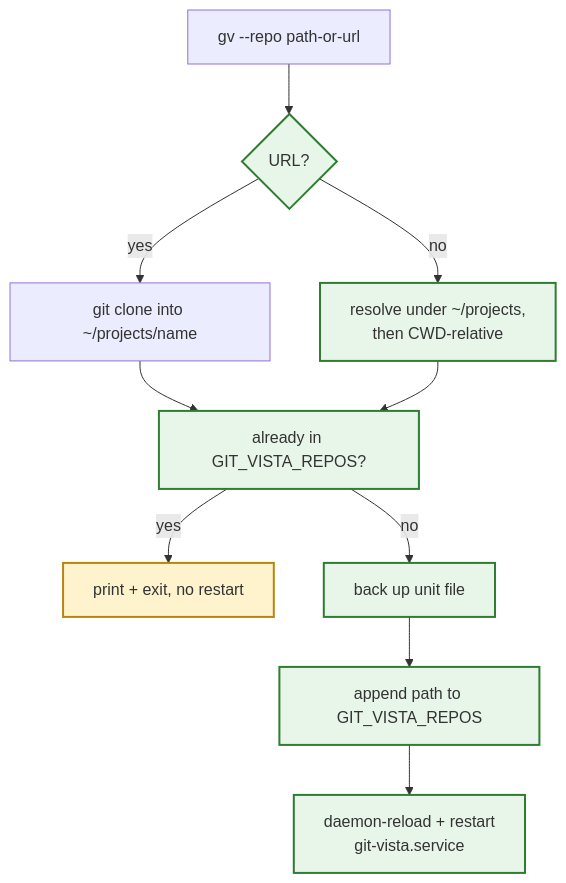
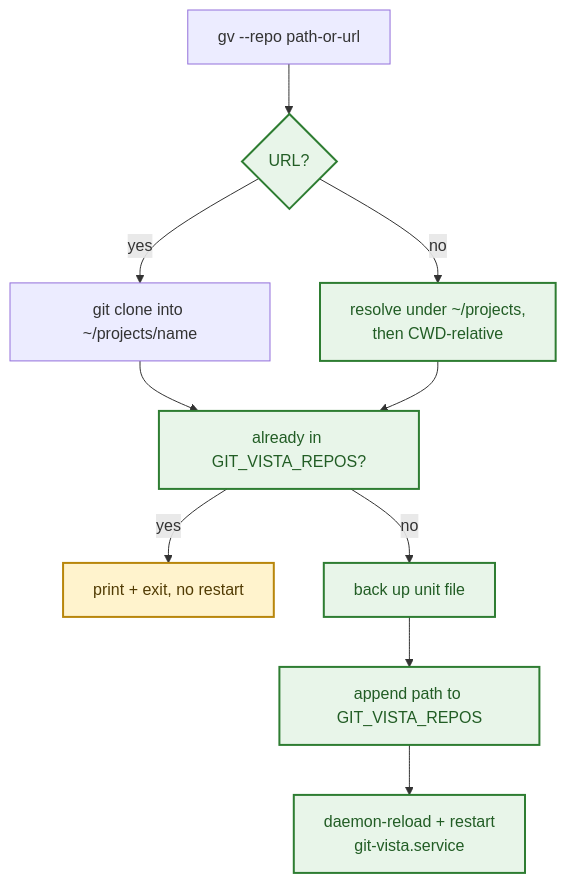
One commit to tom2025b/git-vista changed the diagram in docs/adr/0056-gv-repo-uses-the-boot-time-catalog-not-live-clone.md. Above: the diagram before and after it, drawn with Mermaid. The commit also changed 21 other files, not shown here.

````diff
--- a/docs/adr/0056-gv-repo-uses-the-boot-time-catalog-not-live-clone.md
+++ b/docs/adr/0056-gv-repo-uses-the-boot-time-catalog-not-live-clone.md
@@ -57,16 +57,16 @@
 ```mermaid
 flowchart TD
     ASK["gv --repo path-or-url"] --> URL{"URL?"}
     URL -- yes --> CLONE["git clone into ~/projects/name"]
     URL -- no --> RESOLVE["resolve under ~/projects,<br/>then CWD-relative"]
     CLONE --> CHECK
     RESOLVE --> CHECK["already in GIT_VISTA_REPOS?"]
     CHECK -- yes --> NOOP["print + exit, no restart"]
     CHECK -- no --> BACKUP["back up unit file"]
     BACKUP --> EDIT["append path to GIT_VISTA_REPOS"]
     EDIT --> RESTART["daemon-reload + restart<br/>git-vista.service"]
-    classDef done fill:#e8f5e9,stroke:#2e7d32,stroke-width:2px
-    classDef noop fill:#fff3cd,stroke:#b8860b,stroke-width:2px
+    classDef done fill:#e8f5e9,stroke:#2e7d32,stroke-width:2px,color:#225d25
+    classDef noop fill:#fff3cd,stroke:#b8860b,stroke-width:2px,color:#523c04
     class NOOP noop
     class URL,RESOLVE,CHECK,BACKUP,EDIT,RESTART done
 ```
````
